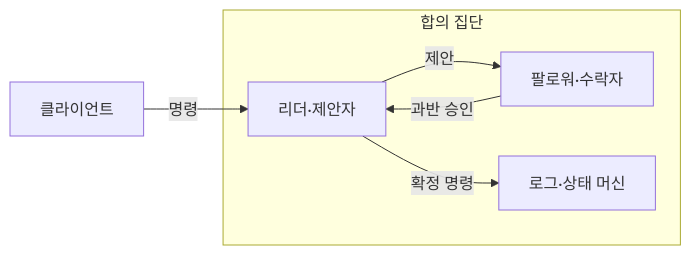
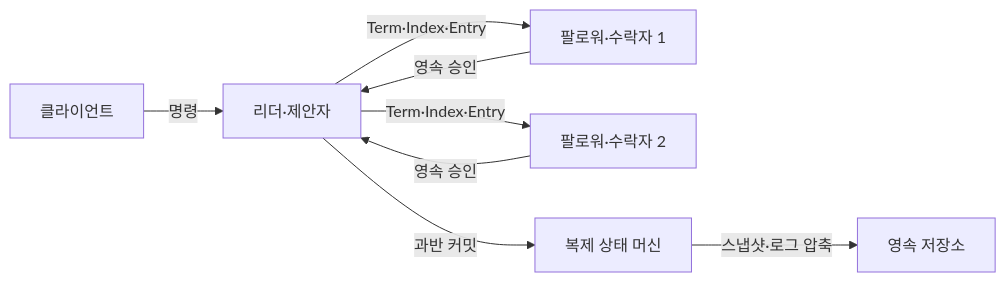
Before and after one commit to agnusdei1207/knowledge-base: the first of 2 diagrams in src/content/docs/notes/03-software/177_distributed_consensus_raft_paxos.md, drawn with Mermaid. The commit also changed other lines of this file and 20 other files, not shown here.

````diff
--- a/src/content/docs/notes/03-software/177_distributed_consensus_raft_paxos.md
+++ b/src/content/docs/notes/03-software/177_distributed_consensus_raft_paxos.md
@@ -56,13 +61,10 @@
 ```mermaid
 flowchart LR
-    C[클라이언트]
-    subgraph G[합의 집단]
-        L[리더·제안자]
-        F[팔로워·수락자]
-        S[로그·상태 머신]
-        L -->|제안| F
-        F -->|과반 승인| L
-        L -->|확정 명령| S
-    end
-    C -->|명령| L
+    C["클라이언트"] -->|"명령"| L["리더·제안자"]
+    L -->|"Term·Index·Entry"| F1["팔로워·수락자 1"]
+    L -->|"Term·Index·Entry"| F2["팔로워·수락자 2"]
+    F1 -->|"영속 승인"| L
+    F2 -->|"영속 승인"| L
+    L -->|"과반 커밋"| S["복제 상태 머신"]
+    S -->|"스냅샷·로그 압축"| P["영속 저장소"]
 ```
````
